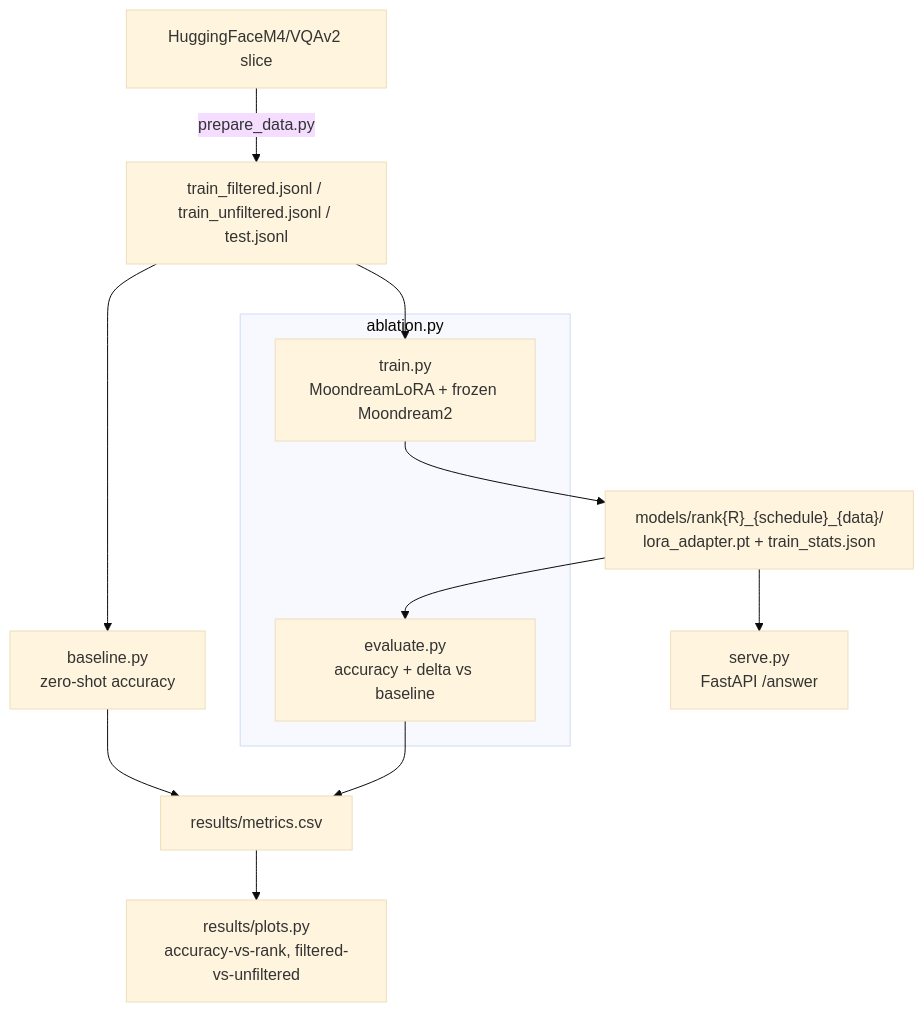
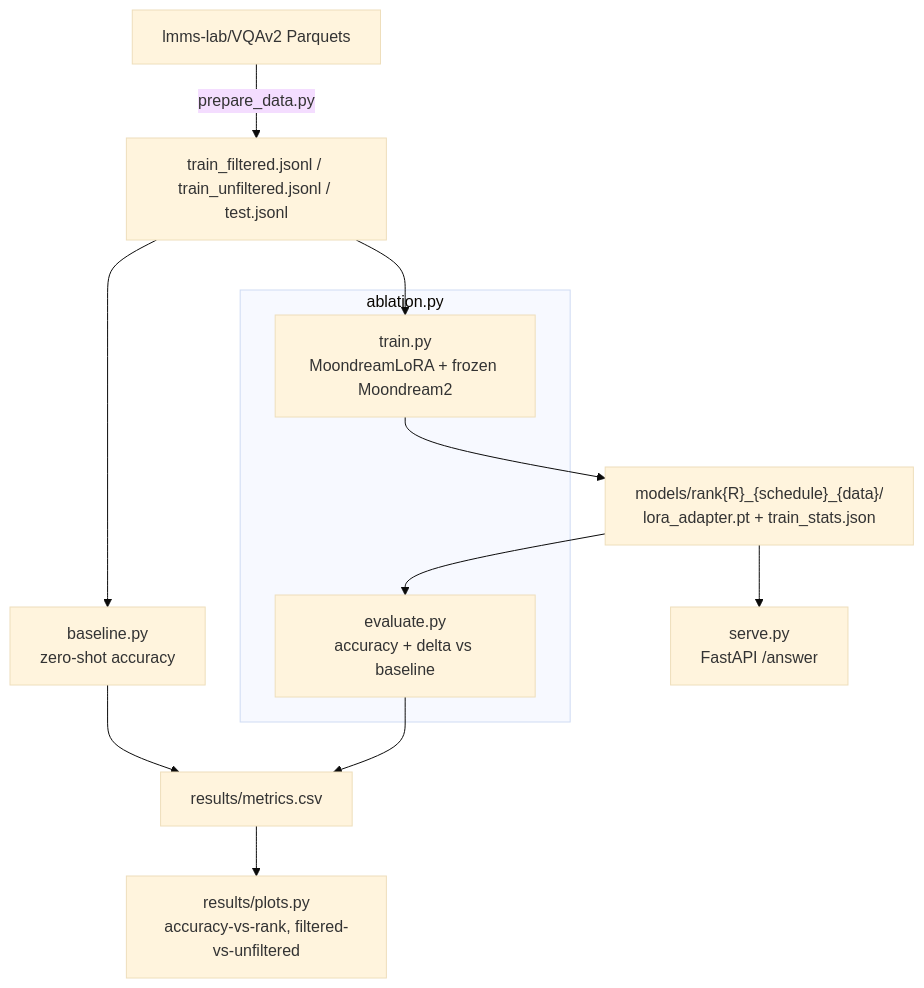
Before and after one commit to kalpitphogat/-VLM-Fine-Tuning-Study: the diagram in README.md, drawn with Mermaid (base theme). The commit also changed other lines of this file, not shown here.

````diff
--- a/README.md
+++ b/README.md
@@ -10,16 +26,16 @@
 ```mermaid
 flowchart TD
-    A[HuggingFaceM4/VQAv2 slice] -->|prepare_data.py| B[train_filtered.jsonl / train_unfiltered.jsonl / test.jsonl]
+    A[lmms-lab/VQAv2 Parquets] -->|prepare_data.py| B[train_filtered.jsonl / train_unfiltered.jsonl / test.jsonl]
     B --> C["baseline.py<br/>zero-shot accuracy"]
     B --> D["train.py<br/>MoondreamLoRA + frozen Moondream2"]
     D --> E["models/rank{R}_{schedule}_{data}/<br/>lora_adapter.pt + train_stats.json"]
     E --> F["evaluate.py<br/>accuracy + delta vs baseline"]
     C --> G[results/metrics.csv]
     F --> G
-    G --> H[results/plots.py\naccuracy-vs-rank, filtered-vs-unfiltered]
+    G --> H[results/plots.py<br/>accuracy-vs-rank, filtered-vs-unfiltered]
     E --> I[serve.py\nFastAPI /answer]
     subgraph ablation.py
       D
       F
     end
 ```
````
